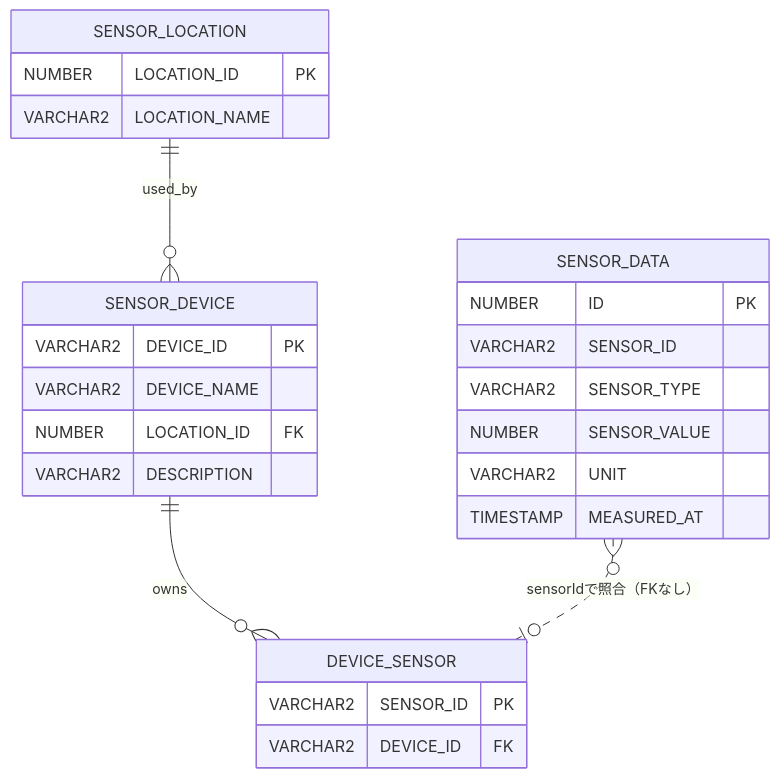
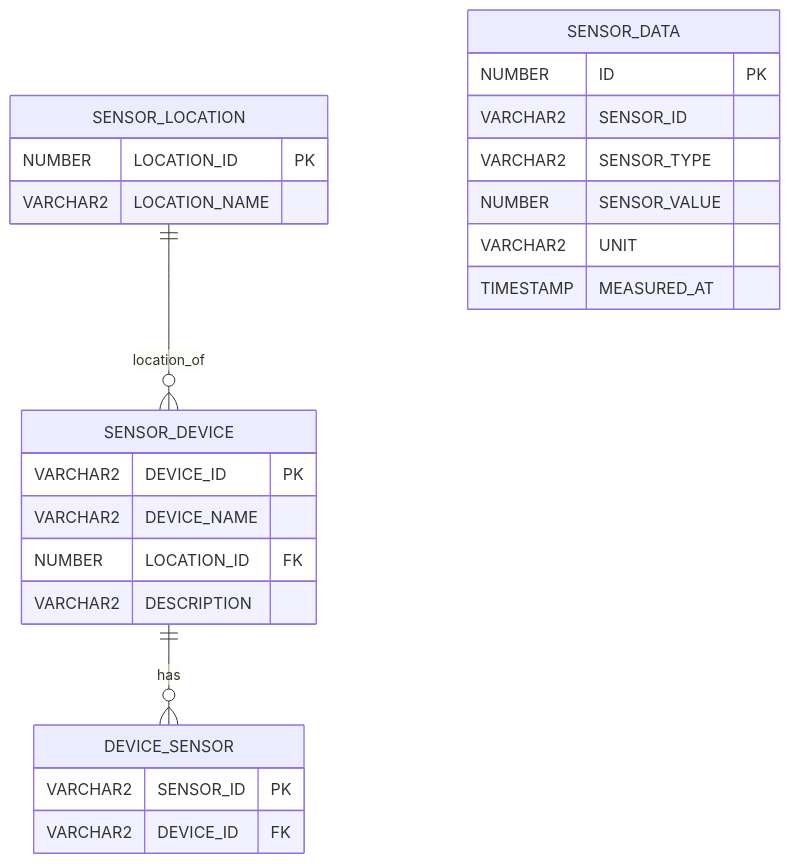
The diagram in docs/extensions/design/C_デバイス管理.md (t-hkd28/iot-service), drawn with Mermaid before and after one commit. The commit also changed other lines of this file and 24 other files, not shown here.

````diff
--- a/docs/extensions/design/C_デバイス管理.md
+++ b/docs/extensions/design/C_デバイス管理.md
@@ -9,20 +14,27 @@
 ```mermaid
 erDiagram
- SENSOR_LOCATION ||--o{ SENSOR_DEVICE : used_by
- SENSOR_DEVICE ||--o{ DEVICE_SENSOR : owns
- SENSOR_DATA }o..o| DEVICE_SENSOR : "sensorIdで照合（FKなし）"
- SENSOR_LOCATION { NUMBER LOCATION_ID PK
-                   VARCHAR2 LOCATION_NAME }
- SENSOR_DEVICE { VARCHAR2 DEVICE_ID PK
-                 VARCHAR2 DEVICE_NAME
-                 NUMBER LOCATION_ID FK
-                 VARCHAR2 DESCRIPTION }
- DEVICE_SENSOR { VARCHAR2 SENSOR_ID PK
-                 VARCHAR2 DEVICE_ID FK }
- SENSOR_DATA { NUMBER ID PK
-               VARCHAR2 SENSOR_ID
-               VARCHAR2 SENSOR_TYPE
-               NUMBER SENSOR_VALUE
-               VARCHAR2 UNIT
-               TIMESTAMP MEASURED_AT }
+ SENSOR_LOCATION ||--o{ SENSOR_DEVICE : location_of
+ SENSOR_DEVICE ||--o{ DEVICE_SENSOR : has
+ SENSOR_LOCATION { 
+     NUMBER LOCATION_ID PK
+     VARCHAR2 LOCATION_NAME
+ }
+ SENSOR_DEVICE {
+     VARCHAR2 DEVICE_ID PK
+     VARCHAR2 DEVICE_NAME
+     NUMBER LOCATION_ID FK
+     VARCHAR2 DESCRIPTION
+ }
+ DEVICE_SENSOR {
+     VARCHAR2 SENSOR_ID PK
+     VARCHAR2 DEVICE_ID FK
+ }
+ SENSOR_DATA {
+     NUMBER ID PK
+     VARCHAR2 SENSOR_ID
+     VARCHAR2 SENSOR_TYPE
+     NUMBER SENSOR_VALUE
+     VARCHAR2 UNIT
+     TIMESTAMP MEASURED_AT
+ }
 ```
````
